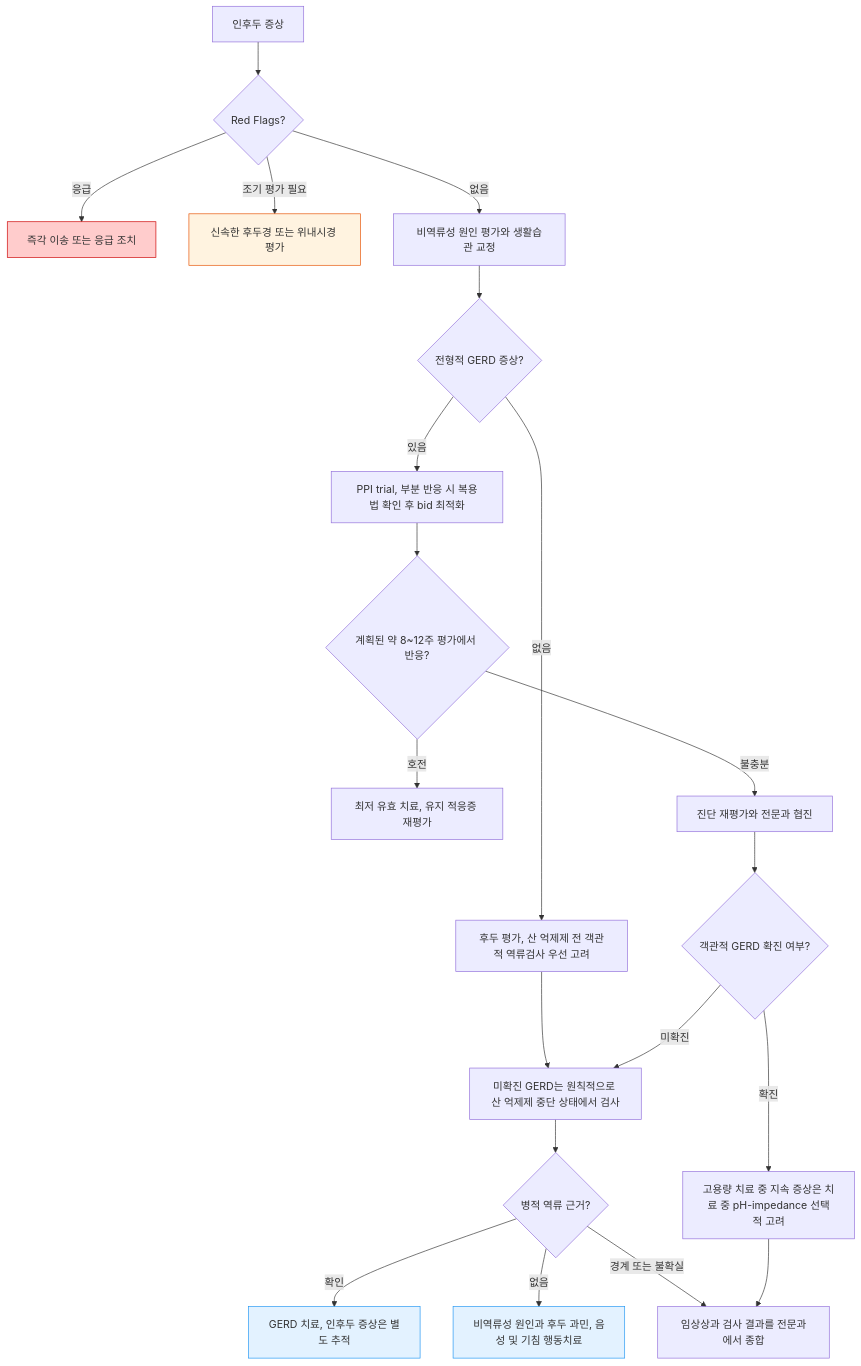
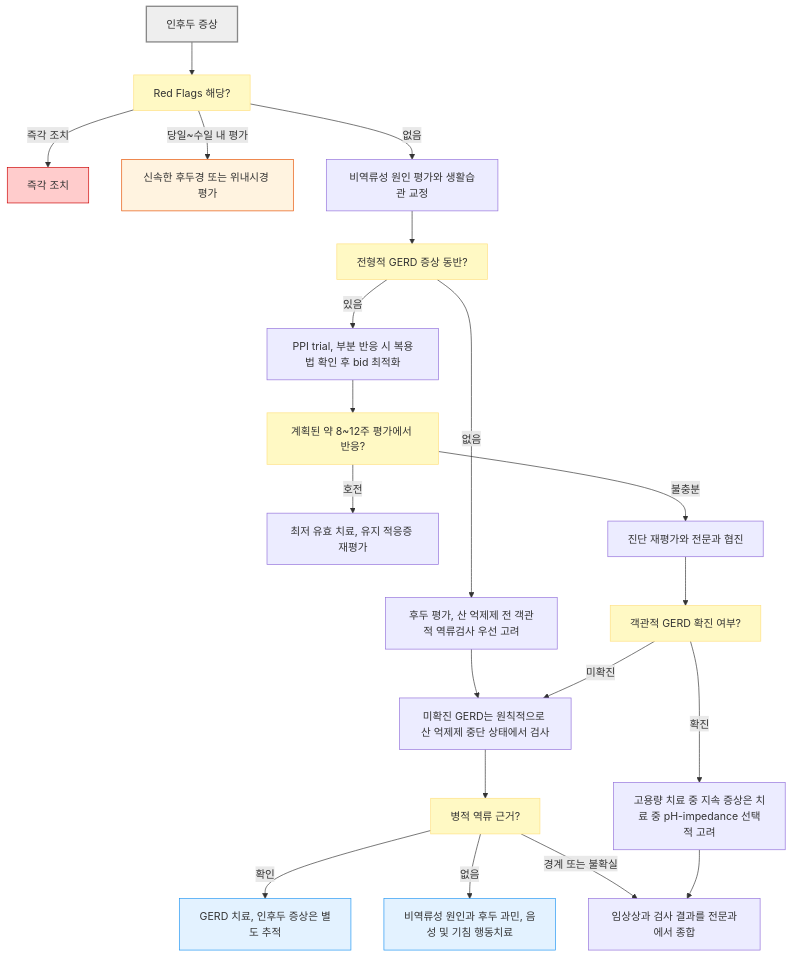
The diagram in 223_/062_-laryngopharyngeal-reflux.md (familyoh77/familyoh77), drawn with Mermaid before and after one commit. The commit also changed other lines of this file, not shown here.

````diff
--- a/223_/062_-laryngopharyngeal-reflux.md
+++ b/223_/062_-laryngopharyngeal-reflux.md
@@ -94,26 +110,32 @@
 ```mermaid
 graph TD
-    A["인후두 증상"] --> B{"Red Flags?"}
-    B -->|응급| C["즉각 이송 또는 응급 조치"]
-    B -->|조기 평가 필요| D["신속한 후두경 또는 위내시경 평가"]
+    A["인후두 증상"] --> B["Red Flags 해당?"]
+    B -->|즉각 조치| C["즉각 조치"]
+    B -->|당일~수일 내 평가| D["신속한 후두경 또는 위내시경 평가"]
     B -->|없음| E["비역류성 원인 평가와 생활습관 교정"]
-    E --> F{"전형적 GERD 증상?"}
+    E --> F["전형적 GERD 증상 동반?"]
     F -->|있음| G["PPI trial, 부분 반응 시 복용법 확인 후 bid 최적화"]
-    G --> H{"계획된 약 8~12주 평가에서 반응?"}
+    G --> H["계획된 약 8~12주 평가에서 반응?"]
     H -->|호전| I["최저 유효 치료, 유지 적응증 재평가"]
     H -->|불충분| J["진단 재평가와 전문과 협진"]
     F -->|없음| K["후두 평가, 산 억제제 전 객관적 역류검사 우선 고려"]
     K --> L["미확진 GERD는 원칙적으로 산 억제제 중단 상태에서 검사"]
-    J --> R{"객관적 GERD 확진 여부?"}
+    J --> R["객관적 GERD 확진 여부?"]
     R -->|미확진| L
     R -->|확진| Q["고용량 치료 중 지속 증상은 치료 중 pH-impedance 선택적 고려"]
-    L --> M{"병적 역류 근거?"}
+    L --> M["병적 역류 근거?"]
     M -->|확인| N["GERD 치료, 인후두 증상은 별도 추적"]
     M -->|없음| O["비역류성 원인과 후두 과민, 음성 및 기침 행동치료"]
     M -->|경계 또는 불확실| P["임상상과 검사 결과를 전문과에서 종합"]
     Q --> P
+    style A fill:#eeeeee,stroke:#888888,stroke-width:2px
+    style B fill:#fff9c4,stroke:#ffe082
+    style F fill:#fff9c4,stroke:#ffe082
+    style H fill:#fff9c4,stroke:#ffe082
+    style R fill:#fff9c4,stroke:#ffe082
+    style M fill:#fff9c4,stroke:#ffe082
     style C fill:#ffcccc,stroke:#cc0000
     style D fill:#fff3e0,stroke:#e65100
     style N fill:#e3f2ff,stroke:#2196f3
     style O fill:#e3f2ff,stroke:#2196f3
 ```
````
